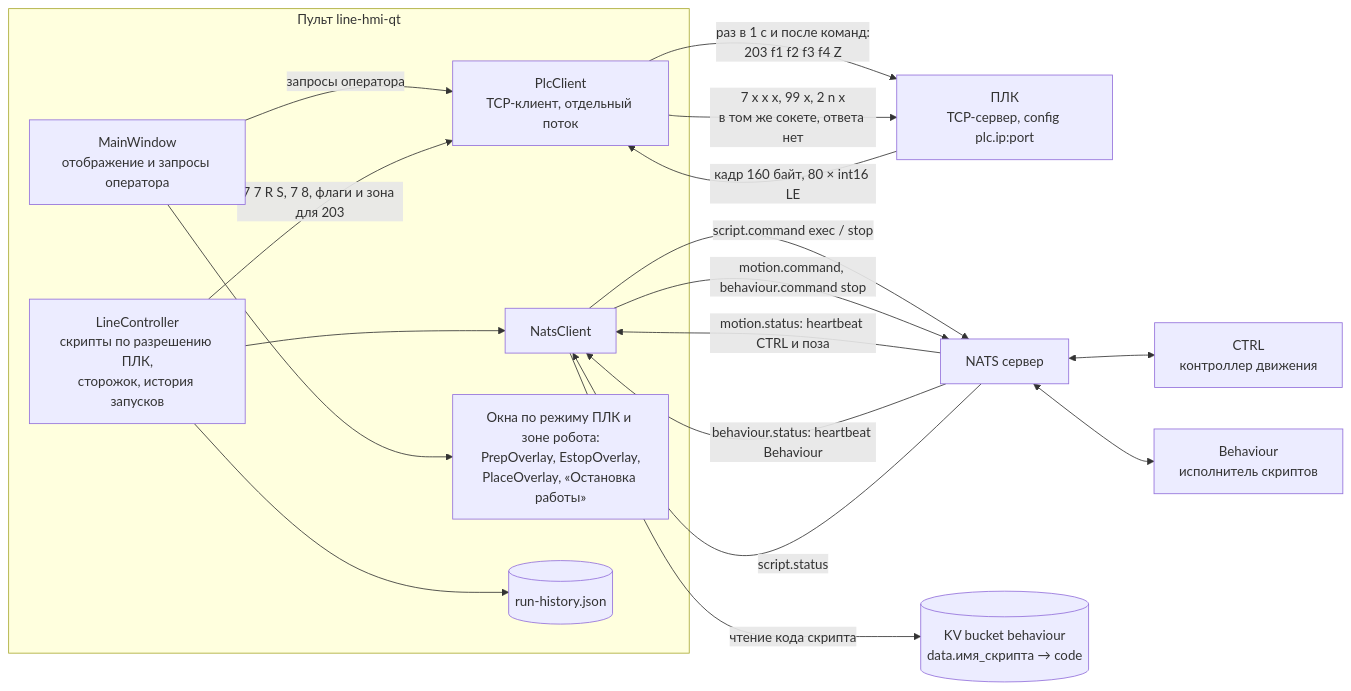
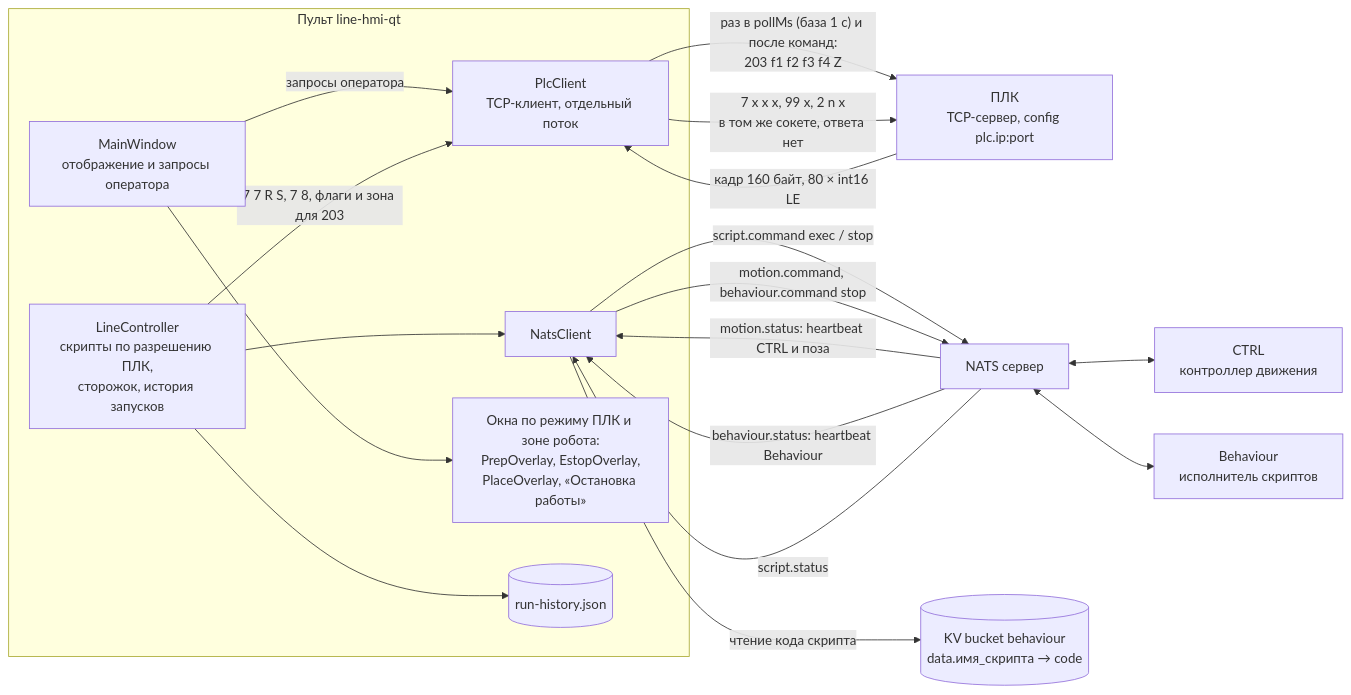
One commit to SoreGame/line-hmi-qt changed the first of 2 diagrams in docs/LOGIC.md. Above: the diagram before and after it, drawn with Mermaid. The commit also changed other lines of this file and 12 other files, not shown here.

````diff
--- a/docs/LOGIC.md
+++ b/docs/LOGIC.md
@@ -16,36 +16,36 @@
 ```mermaid
 flowchart LR
     subgraph HMI["Пульт line-hmi-qt"]
         MW["MainWindow<br/>отображение и запросы оператора"]
         LC["LineController<br/>скрипты по разрешению ПЛК,<br/>сторожок, история запусков"]
         PLCC["PlcClient<br/>TCP-клиент, отдельный поток"]
         NC["NatsClient"]
         OV["Окна по режиму ПЛК и зоне робота:<br/>PrepOverlay, EstopOverlay,<br/>PlaceOverlay, «Остановка работы»"]
         RH[("run-history.json")]
     end
 
     PLC["ПЛК<br/>TCP-сервер, config plc.ip:port"]
     NATS["NATS сервер"]
     CTRL["CTRL<br/>контроллер движения"]
     BEH["Behaviour<br/>исполнитель скриптов"]
     KV[("KV bucket behaviour<br/>data.имя_скрипта → code")]
 
-    PLCC -- "раз в 1 с и после команд:<br/>203 f1 f2 f3 f4 Z" --> PLC
+    PLCC -- "раз в pollMs (база 1 с) и после команд:<br/>203 f1 f2 f3 f4 Z" --> PLC
     PLC -- "кадр 160 байт, 80 × int16 LE" --> PLCC
     PLCC -- "7 x x x, 99 x, 2 n x<br/>в том же сокете, ответа нет" --> PLC
 
     NC -- "script.command exec / stop" --> NATS
     NC -- "motion.command, behaviour.command stop" --> NATS
     NATS -- "motion.status: heartbeat CTRL и поза" --> NC
     NATS -- "behaviour.status: heartbeat Behaviour" --> NC
     NATS -- "script.status" --> NC
     NC -- "чтение кода скрипта" --> KV
     NATS <--> CTRL
     NATS <--> BEH
 
     MW -- "запросы оператора" --> PLCC
     LC -- "7 7 R S, 7 8, флаги и зона для 203" --> PLCC
     LC --> NC
     LC --> RH
     MW --> OV
 ```
````
